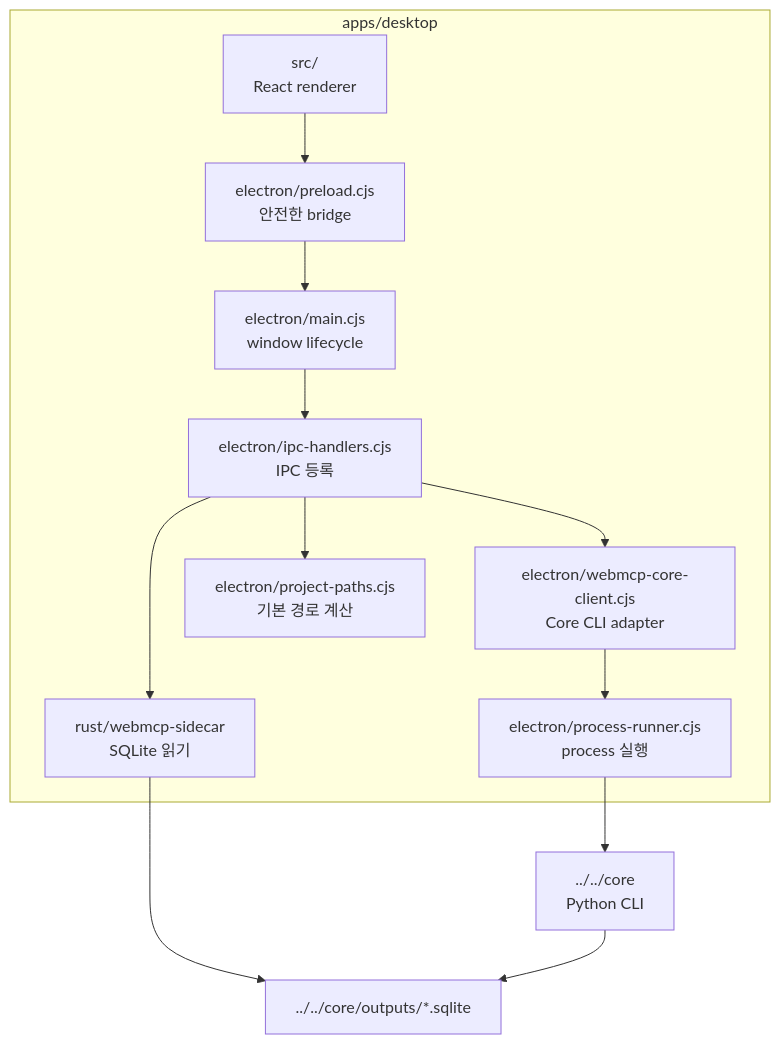
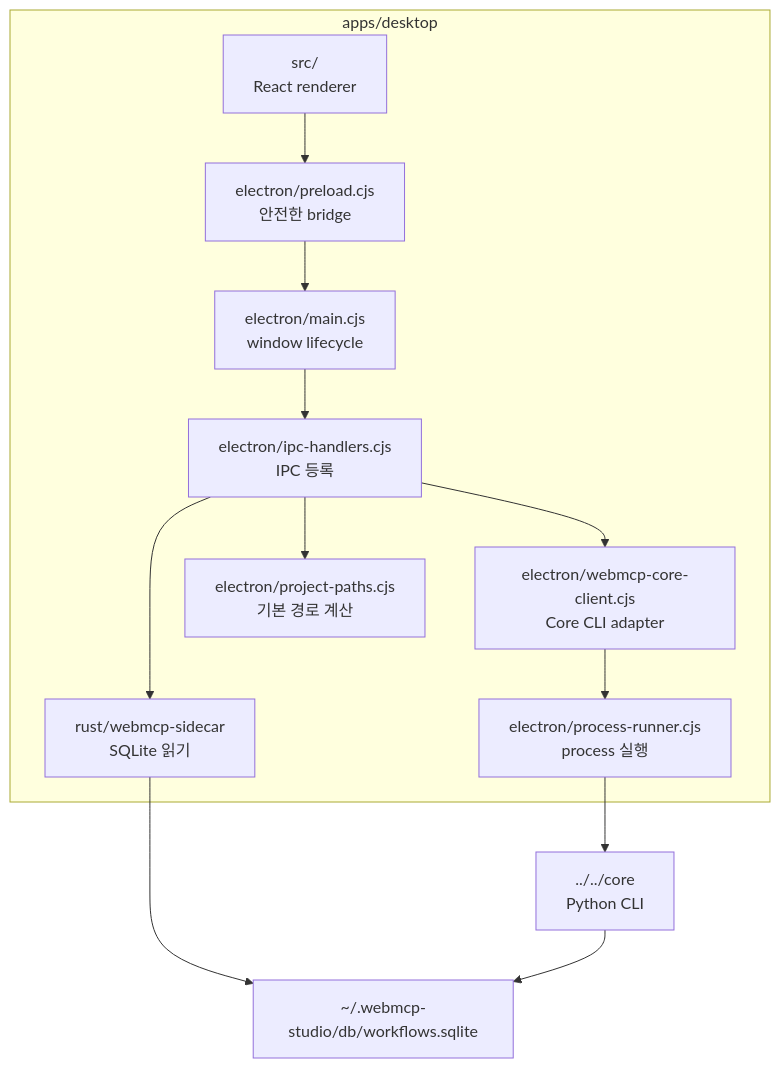
One commit to minguk-jang/spica_at_home changed the first of 6 diagrams in webmcp/docs/DESKTOP_APP.md. Above: the diagram before and after it, drawn with Mermaid. The commit also changed other lines of this file and 51 other files, not shown here.

````diff
--- a/webmcp/docs/DESKTOP_APP.md
+++ b/webmcp/docs/DESKTOP_APP.md
@@ -9,27 +10,27 @@
 ```mermaid
 flowchart TB
   subgraph Desktop["apps/desktop"]
     UI["src/<br/>React renderer"]
     Preload["electron/preload.cjs<br/>안전한 bridge"]
     Main["electron/main.cjs<br/>window lifecycle"]
     Ipc["electron/ipc-handlers.cjs<br/>IPC 등록"]
     Client["electron/webmcp-core-client.cjs<br/>Core CLI adapter"]
     Runner["electron/process-runner.cjs<br/>process 실행"]
     Paths["electron/project-paths.cjs<br/>기본 경로 계산"]
     Sidecar["rust/webmcp-sidecar<br/>SQLite 읽기"]
   end
 
   Core["../../core<br/>Python CLI"]
-  DB["../../core/outputs/*.sqlite"]
+  DB["~/.webmcp-studio/db/workflows.sqlite"]
 
   UI --> Preload
   Preload --> Main
   Main --> Ipc
   Ipc --> Paths
   Ipc --> Sidecar
   Ipc --> Client
   Client --> Runner
   Runner --> Core
   Sidecar --> DB
   Core --> DB
 ```
````
